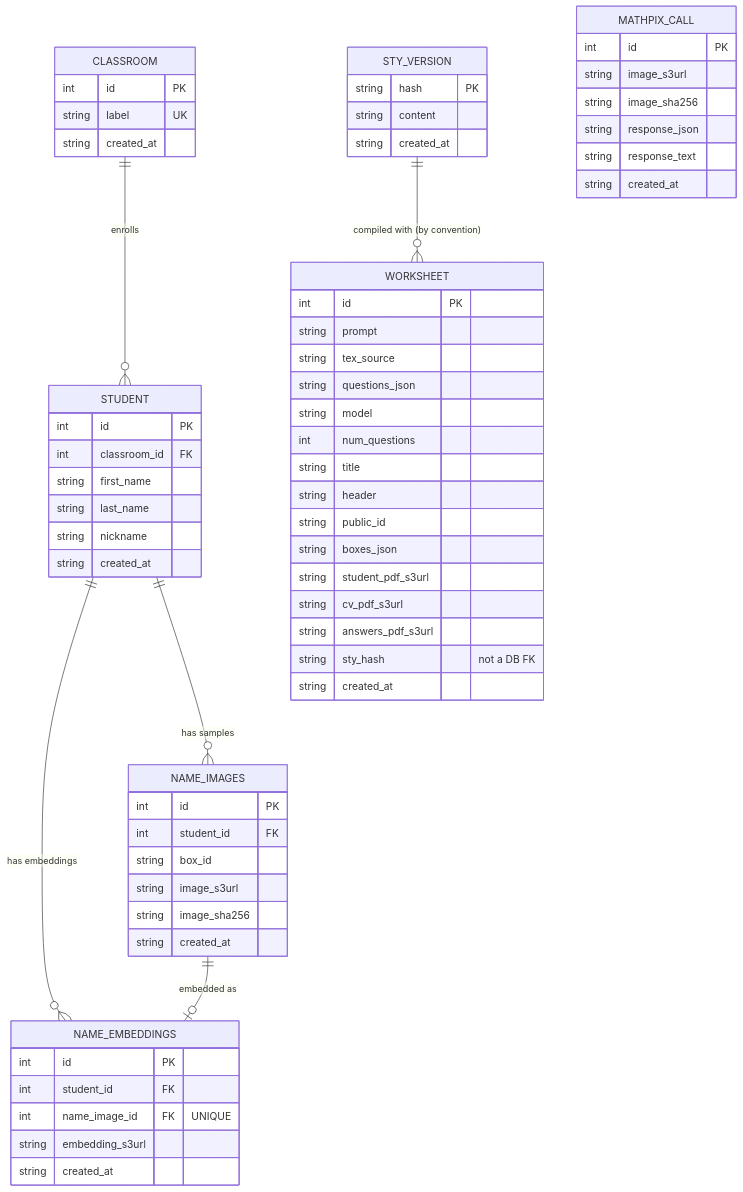
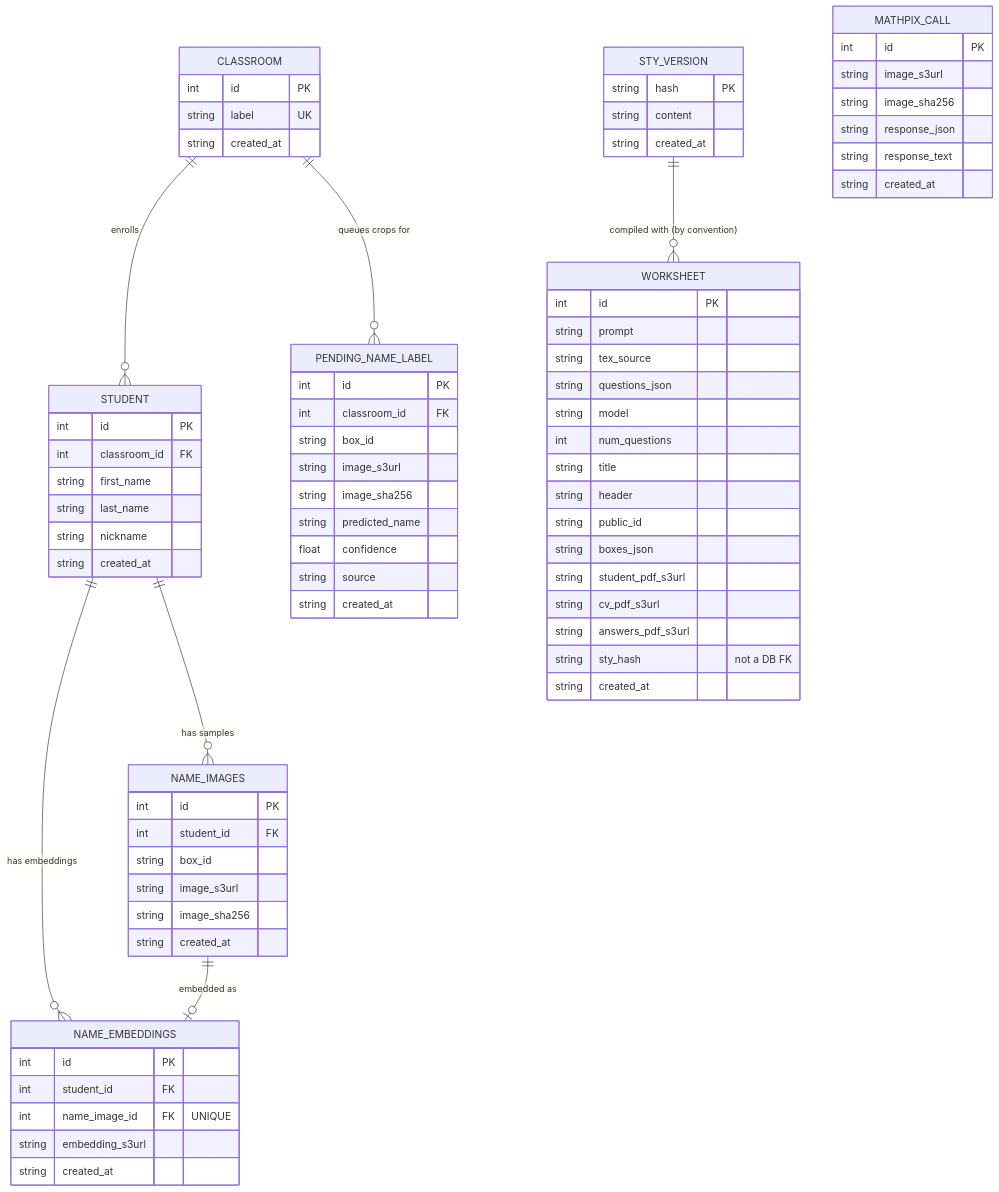
The diagram in README.md (hoj201/grader_bot), drawn with Mermaid before and after one commit. The commit also changed other lines of this file and 8 other files, not shown here.

````diff
--- a/README.md
+++ b/README.md
@@ -58,67 +59,79 @@
 ```mermaid
 erDiagram
     CLASSROOM ||--o{ STUDENT : enrolls
+    CLASSROOM ||--o{ PENDING_NAME_LABEL : "queues crops for"
     STUDENT ||--o{ NAME_IMAGES : "has samples"
     STUDENT ||--o{ NAME_EMBEDDINGS : "has embeddings"
     NAME_IMAGES ||--o| NAME_EMBEDDINGS : "embedded as"
     STY_VERSION ||--o{ WORKSHEET : "compiled with (by convention)"
 
     CLASSROOM {
         int id PK
         string label UK
         string created_at
     }
     STUDENT {
         int id PK
         int classroom_id FK
         string first_name
         string last_name
         string nickname
         string created_at
     }
     NAME_IMAGES {
         int id PK
         int student_id FK
         string box_id
         string image_s3url
         string image_sha256
         string created_at
     }
     NAME_EMBEDDINGS {
         int id PK
         int student_id FK
         int name_image_id FK "UNIQUE"
         string embedding_s3url
         string created_at
     }
+    PENDING_NAME_LABEL {
+        int id PK
+        int classroom_id FK
+        string box_id
+        string image_s3url
+        string image_sha256
+        string predicted_name
+        float confidence
+        string source
+        string created_at
+    }
     WORKSHEET {
         int id PK
         string prompt
         string tex_source
         string questions_json
         string model
         int num_questions
         string title
         string header
         string public_id
         string boxes_json
         string student_pdf_s3url
         string cv_pdf_s3url
         string answers_pdf_s3url
         string sty_hash "not a DB FK"
         string created_at
     }
     STY_VERSION {
         string hash PK
         string content
         string created_at
     }
     MATHPIX_CALL {
         int id PK
         string image_s3url
         string image_sha256
         string response_json
         string response_text
         string created_at
     }
 ```
````
